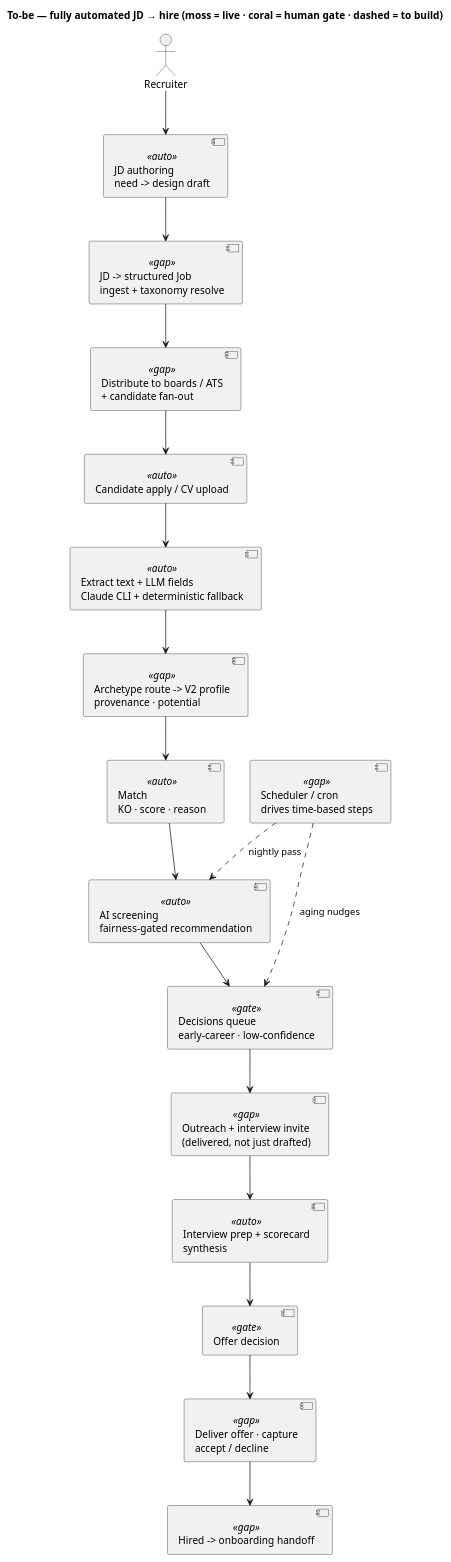
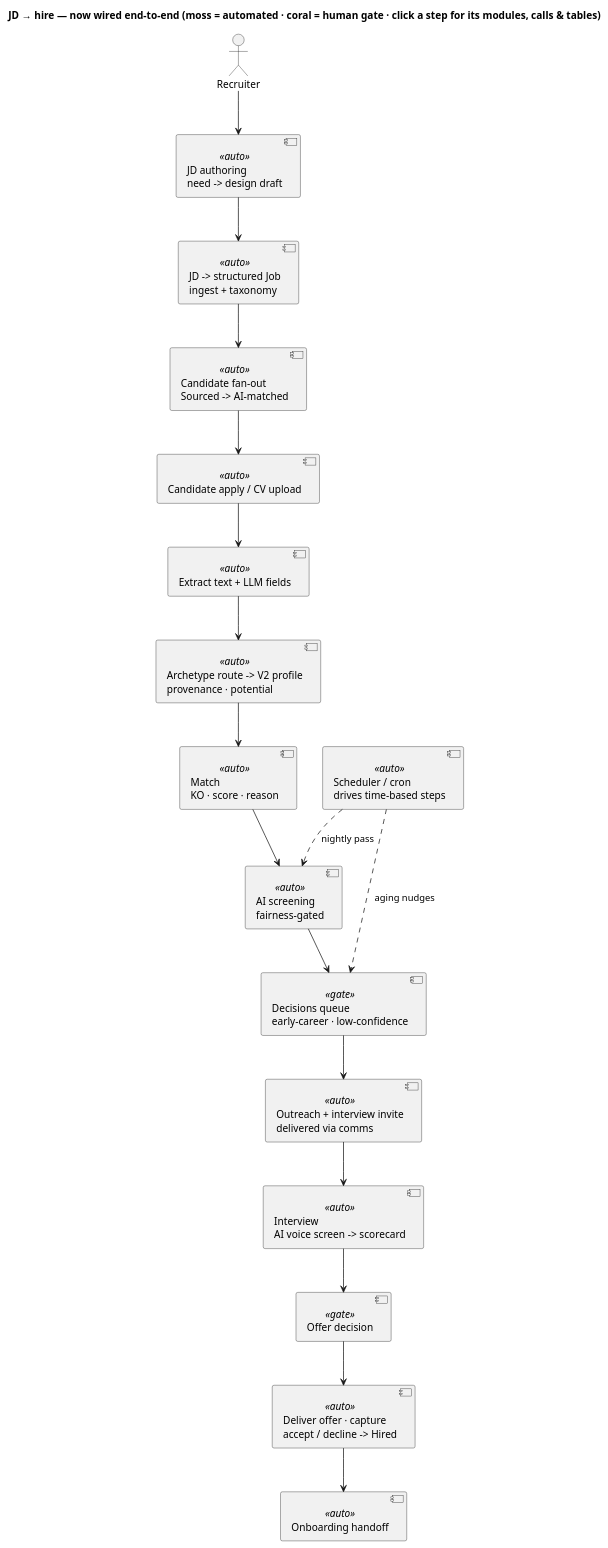
One commit to xkazm04/kp changed the diagram in docs/diagrams/15-automated-pipeline-tobe.puml. Above: the diagram before and after it, drawn with PlantUML. The commit also changed 21 other files, not shown here.

First line of the commit message:
feat(interview/ui): voice interview lab, pipeline explorer, puml polish (parallel session)

```diff
--- a/docs/diagrams/15-automated-pipeline-tobe.puml
+++ b/docs/diagrams/15-automated-pipeline-tobe.puml
@@ -1,39 +1,39 @@
 @startuml automated-pipeline-tobe
-title To-be — fully automated JD → hire (moss = live · coral = human gate · dashed = to build)
+title JD → hire — now wired end-to-end (moss = automated · coral = human gate · click a step for its modules, calls & tables)
 
 actor "Recruiter" as rec
 
 [JD authoring\nneed -> design draft] <<auto>> as jd
-[JD -> structured Job\ningest + taxonomy resolve] <<gap>> as ingest
-[Distribute to boards / ATS\n+ candidate fan-out] <<gap>> as dist
+[JD -> structured Job\ningest + taxonomy] <<auto>> as ingest
+[Candidate fan-out\nSourced -> AI-matched] <<auto>> as dist
 [Candidate apply / CV upload] <<auto>> as apply
-[Extract text + LLM fields\nClaude CLI + deterministic fallback] <<auto>> as extract
-[Archetype route -> V2 profile\nprovenance · potential] <<gap>> as v2
+[Extract text + LLM fields] <<auto>> as extract
+[Archetype route -> V2 profile\nprovenance · potential] <<auto>> as v2
 [Match\nKO · score · reason] <<auto>> as match
-[AI screening\nfairness-gated recommendation] <<auto>> as screen
+[AI screening\nfairness-gated] <<auto>> as screen
 [Decisions queue\nearly-career · low-confidence] <<gate>> as decide
-[Outreach + interview invite\n(delivered, not just drafted)] <<gap>> as engage
-[Interview prep + scorecard\nsynthesis] <<auto>> as interview
+[Outreach + interview invite\ndelivered via comms] <<auto>> as engage
+[Interview\nAI voice screen -> scorecard] <<auto>> as interview
 [Offer decision] <<gate>> as offer
-[Deliver offer · capture\naccept / decline] <<gap>> as close
-[Hired -> onboarding handoff] <<gap>> as hire
+[Deliver offer · capture\naccept / decline -> Hired] <<auto>> as close
+[Onboarding handoff] <<auto>> as hire
 
-[Scheduler / cron\ndrives time-based steps] <<gap>> as cron
+[Scheduler / cron\ndrives time-based steps] <<auto>> as cron
 
 rec --> jd
 jd --> ingest
 ingest --> dist
 dist --> apply
 apply --> extract
 extract --> v2
 v2 --> match
 match --> screen
 screen --> decide
 decide --> engage
 engage --> interview
 interview --> offer
 offer --> close
 close --> hire
 cron ..> screen : nightly pass
 cron ..> decide : aging nudges
 @enduml
```
